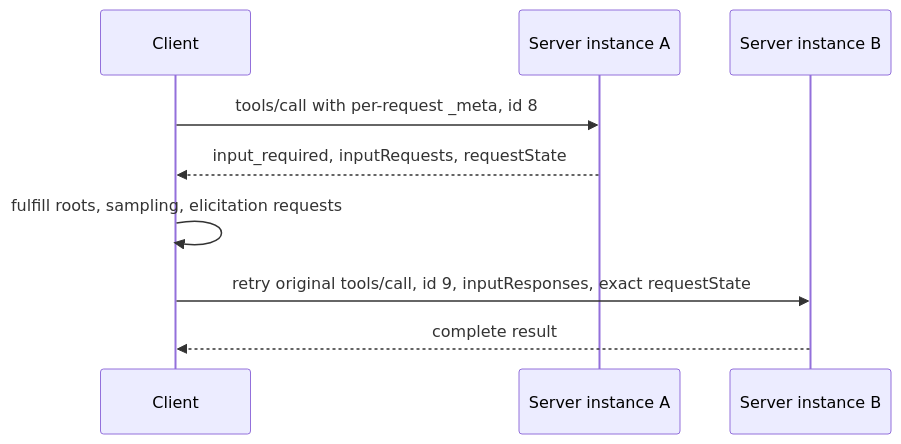
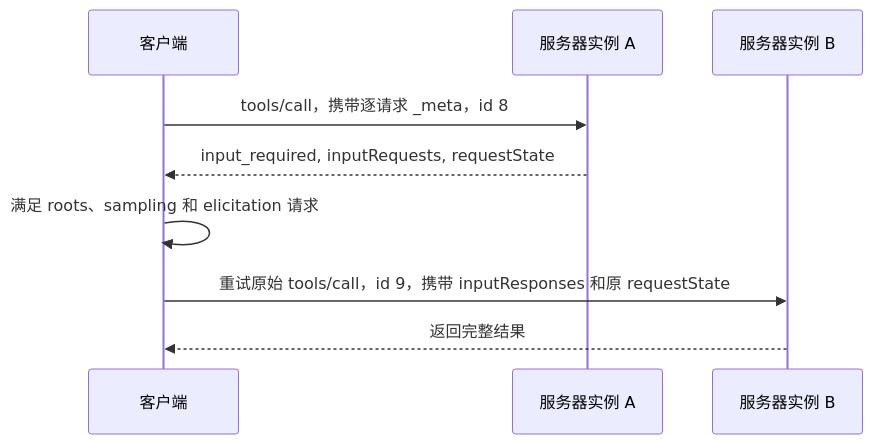
One commit to fancyboi999/ai-engineering-from-scratch-zh changed the second of 3 diagrams in certifications/claude/lessons/11-mcp-server-design-and-integration/docs/zh.md. Above: the diagram before and after it, drawn with Mermaid. The commit also changed other lines of this file and 67 other files, not shown here.

````diff
--- a/certifications/claude/lessons/11-mcp-server-design-and-integration/docs/zh.md
+++ b/certifications/claude/lessons/11-mcp-server-design-and-integration/docs/zh.md
@@ -203,11 +203,11 @@
 ```mermaid
 sequenceDiagram
-    participant C as Client
-    participant A as Server instance A
-    participant B as Server instance B
-    C->>A: tools/call with per-request _meta, id 8
+    participant C as 客户端
+    participant A as 服务器实例 A
+    participant B as 服务器实例 B
+    C->>A: tools/call，携带逐请求 _meta，id 8
     A-->>C: input_required, inputRequests, requestState
-    C->>C: fulfill roots, sampling, elicitation requests
-    C->>B: retry original tools/call, id 9, inputResponses, exact requestState
-    B-->>C: complete result
+    C->>C: 满足 roots、sampling 和 elicitation 请求
+    C->>B: 重试原始 tools/call，id 9，携带 inputResponses 和原 requestState
+    B-->>C: 返回完整结果
 ```
````
